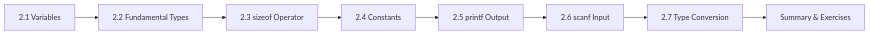
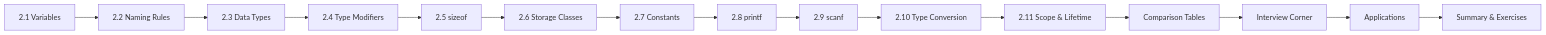
One commit to Raushan666java/ai-engineering-journey changed the diagram in docs/courses/c-programming/02-variables-datatypes.md. Above: the diagram before and after it, drawn with Mermaid. The commit also changed other lines of this file and 23 other files, not shown here.

````diff
--- a/docs/courses/c-programming/02-variables-datatypes.md
+++ b/docs/courses/c-programming/02-variables-datatypes.md
@@ -25,10 +29,17 @@
 ```mermaid
 flowchart LR
-    A["2.1 Variables"] --> B["2.2 Fundamental Types"]
-    B --> C["2.3 sizeof Operator"]
-    C --> D["2.4 Constants"]
-    D --> E["2.5 printf Output"]
-    E --> F["2.6 scanf Input"]
-    F --> G["2.7 Type Conversion"]
-    G --> H["Summary & Exercises"]
+    A["2.1 Variables"] --> B["2.2 Naming Rules"]
+    B --> C["2.3 Data Types"]
+    C --> D["2.4 Type Modifiers"]
+    D --> E["2.5 sizeof"]
+    E --> F["2.6 Storage Classes"]
+    F --> G["2.7 Constants"]
+    G --> H["2.8 printf"]
+    H --> I["2.9 scanf"]
+    I --> J["2.10 Type Conversion"]
+    J --> K["2.11 Scope & Lifetime"]
+    K --> L["Comparison Tables"]
+    L --> M["Interview Corner"]
+    M --> N["Applications"]
+    N --> O["Summary & Exercises"]
 ```
````
